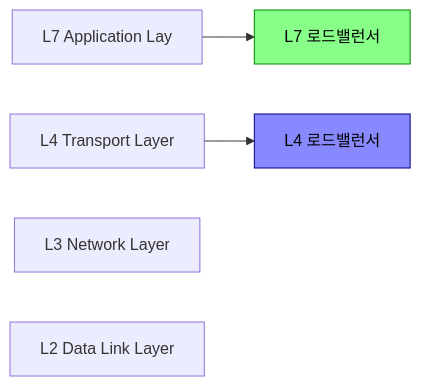
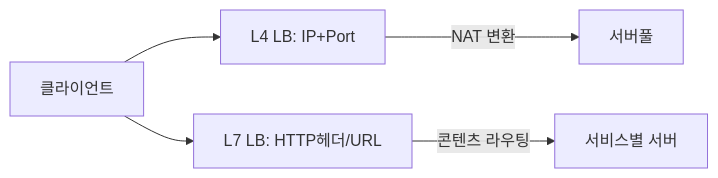
The first of 10 diagrams in _posts/network/2026-05-01-load-balancer.md (yjkim2015/yjkim2015.github.io), drawn with Mermaid before and after one commit. The commit also changed other lines of this file and 4 other files, not shown here.

````diff
--- a/_posts/network/2026-05-01-load-balancer.md
+++ b/_posts/network/2026-05-01-load-balancer.md
@@ -23,13 +24,7 @@
 ```mermaid
 graph LR
-    L7["L7 Application Lay"]
-    L4["L4 Transport Layer"]
-    L3["L3 Network Layer"]
-    L2["L2 Data Link Layer"]
-    LB_L7["L7 로드밸런서"]
-    LB_L4["L4 로드밸런서"]
-    L7 --> LB_L7
-    L4 --> LB_L4
-    style LB_L7 fill:#8f8,stroke:#080,color:#000
-    style LB_L4 fill:#88f,stroke:#008,color:#000
+    C["클라이언트"] --> L4["L4 LB: IP+Port"]
+    C --> L7["L7 LB: HTTP헤더/URL"]
+    L4 -->|"NAT 변환"| S1["서버풀"]
+    L7 -->|"콘텐츠 라우팅"| S2["서비스별 서버"]
 ```
````
